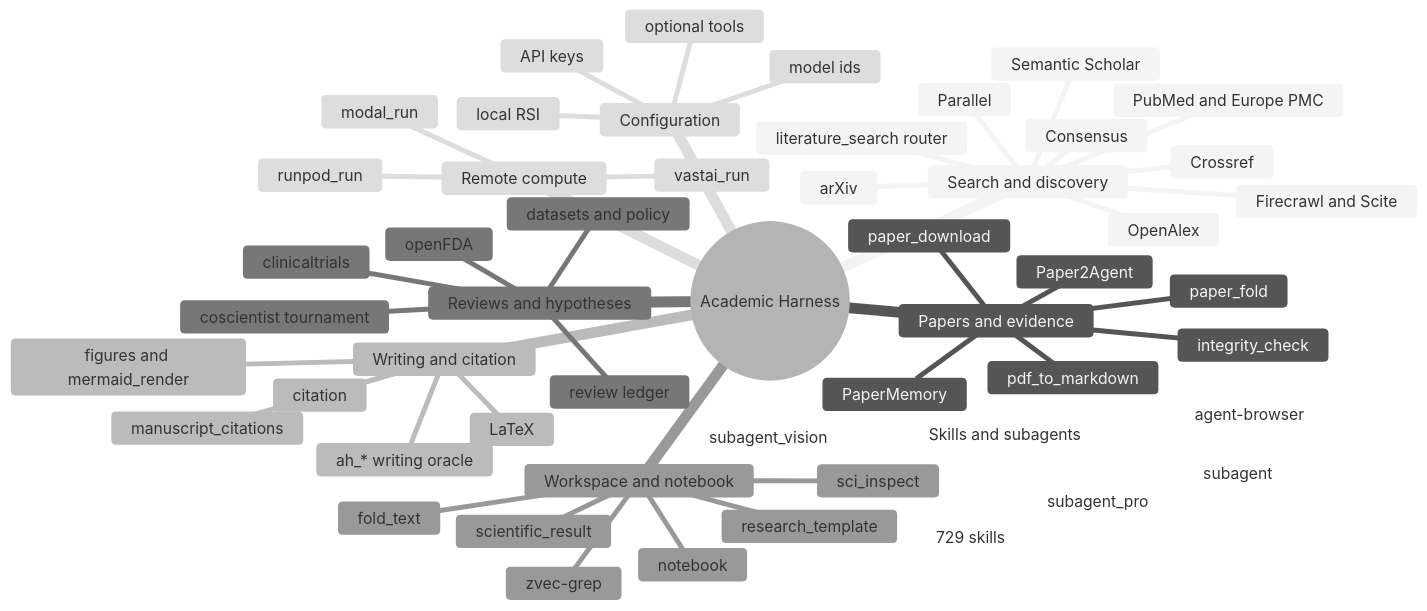
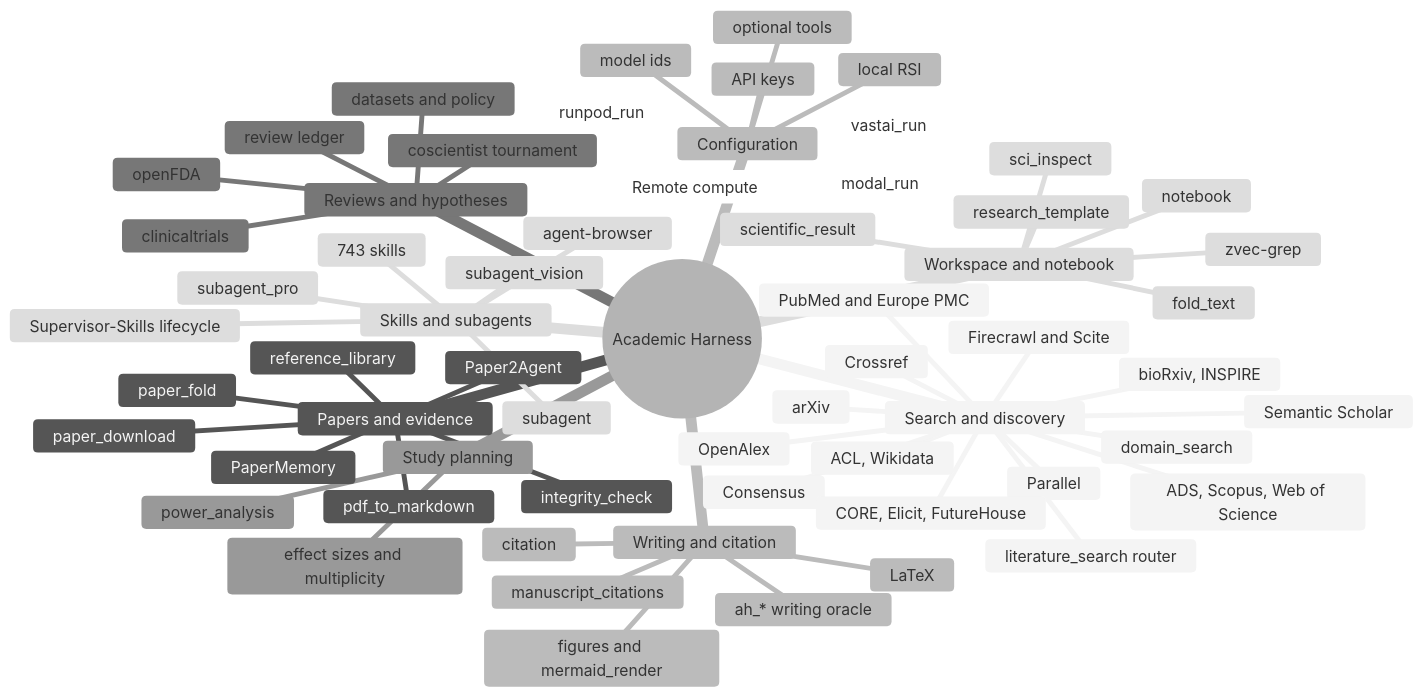
Before and after one commit to raktim-mondol/academic-harness: the diagram in docs/diagrams/capability-map.mmd, drawn with Mermaid (neutral theme). The commit also changed 162 other files, not shown here.

```diff
--- a/docs/diagrams/capability-map.mmd
+++ b/docs/diagrams/capability-map.mmd
@@ -1,53 +1,63 @@
 mindmap
   root((Academic Harness))
     Search and discovery
       literature_search router
+      domain_search
       OpenAlex
       Semantic Scholar
       PubMed and Europe PMC
       arXiv
       Crossref
+      bioRxiv, INSPIRE
+      ADS, Scopus, Web of Science
+      ACL, Wikidata
       Consensus
       Parallel
       Firecrawl and Scite
+      CORE, Elicit, FutureHouse
     Papers and evidence
       paper_download
       paper_fold
       pdf_to_markdown
       PaperMemory
+      reference_library
       integrity_check
       Paper2Agent
     Writing and citation
       ah_* writing oracle
       citation
       manuscript_citations
       LaTeX
       figures and mermaid_render
     Reviews and hypotheses
       review ledger
       coscientist tournament
       clinicaltrials
       openFDA
       datasets and policy
+    Study planning
+      power_analysis
+      effect sizes and multiplicity
     Workspace and notebook
       zvec-grep
       notebook
       scientific_result
       fold_text
       sci_inspect
       research_template
     Remote compute
       modal_run
       runpod_run
       vastai_run
     Skills and subagents
-      729 skills
+      743 skills
+      Supervisor-Skills lifecycle
       agent-browser
       subagent
       subagent_pro
       subagent_vision
     Configuration
       API keys
       model ids
       optional tools
       local RSI
```
